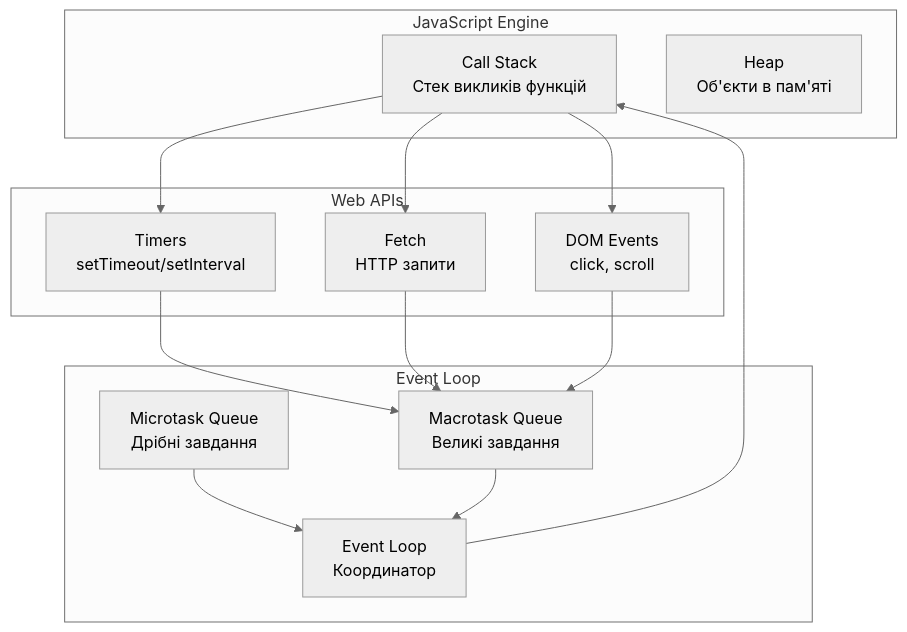
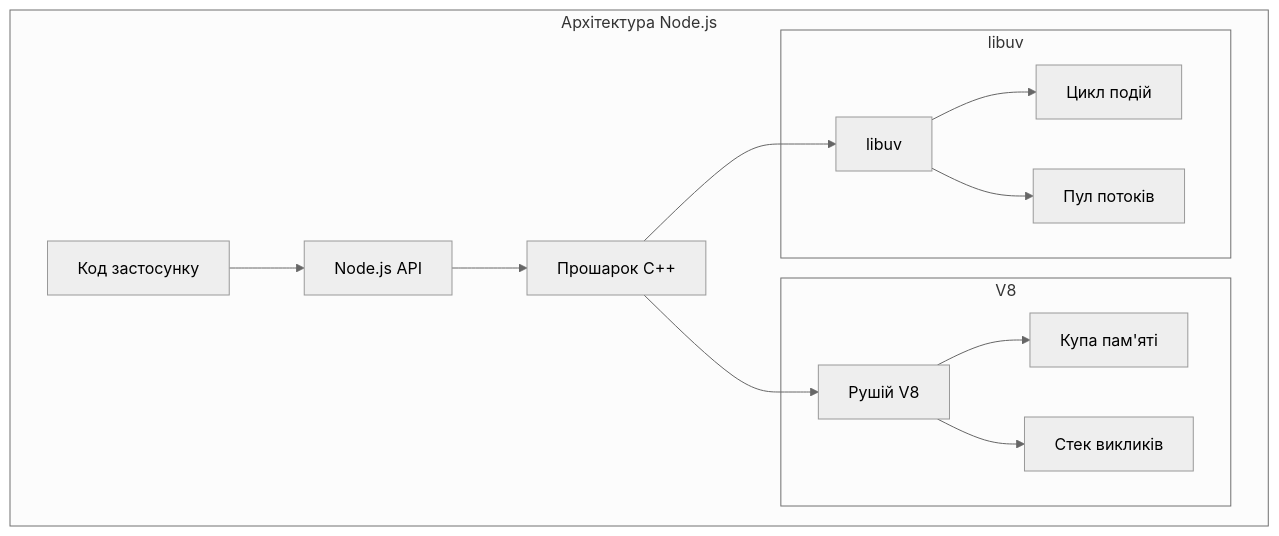
Before and after one commit to olroi421/course-web: the third of 9 diagrams in presentations/presentation-02.md, drawn with Mermaid (neutral theme). The commit also changed other lines of this file and 4 other files, not shown here.

````diff
--- a/presentations/presentation-02.md
+++ b/presentations/presentation-02.md
@@ -528,27 +63,19 @@
 ```mermaid
 graph TB
-    subgraph "JavaScript Engine"
-        CS[Call Stack<br/>Стек викликів функцій]
-        H[Heap<br/>Об'єкти в пам'яті]
+    subgraph "Архітектура Node.js"
+        A[Код застосунку] --> B[Node.js API]
+        B --> C[Прошарок C++]
+        C --> D[Рушій V8]
+        C --> E[libuv]
+
+        subgraph "V8"
+            D --> F[Купа пам'яті]
+            D --> G[Стек викликів]
+        end
+
+        subgraph "libuv"
+            E --> H[Цикл подій]
+            E --> I[Пул потоків]
+        end
     end
-    subgraph "Web APIs"
-        T[Timers<br/>setTimeout/setInterval]
-        F[Fetch<br/>HTTP запити]
-        D[DOM Events<br/>click, scroll]
-    end
-    subgraph "Event Loop"
-        MT[Macrotask Queue<br/>Великі завдання]
-        MC[Microtask Queue<br/>Дрібні завдання]
-        EL[Event Loop<br/>Координатор]
-    end
-
-    CS --> T
-    CS --> F
-    CS --> D
-    T --> MT
-    F --> MT
-    D --> MT
-    MC --> EL
-    MT --> EL
-    EL --> CS
 ```
````
